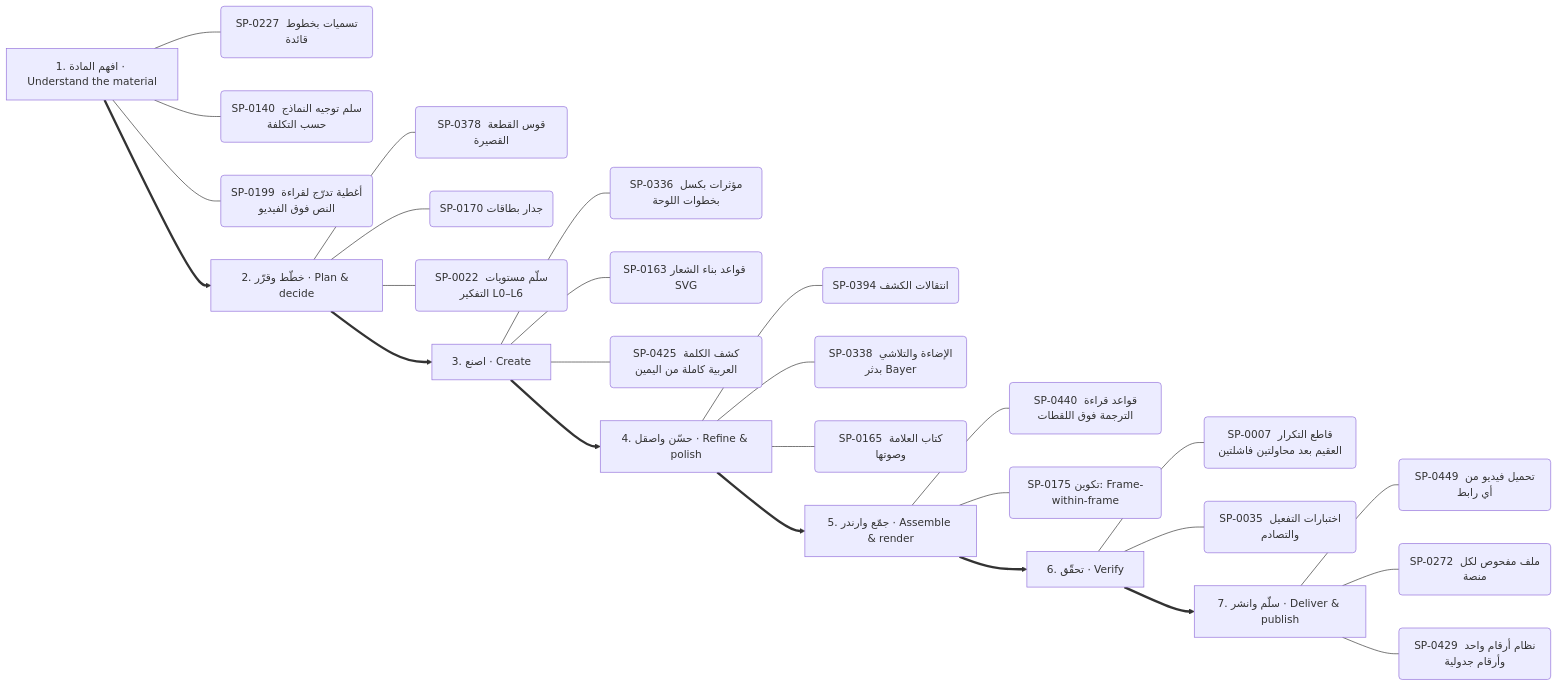
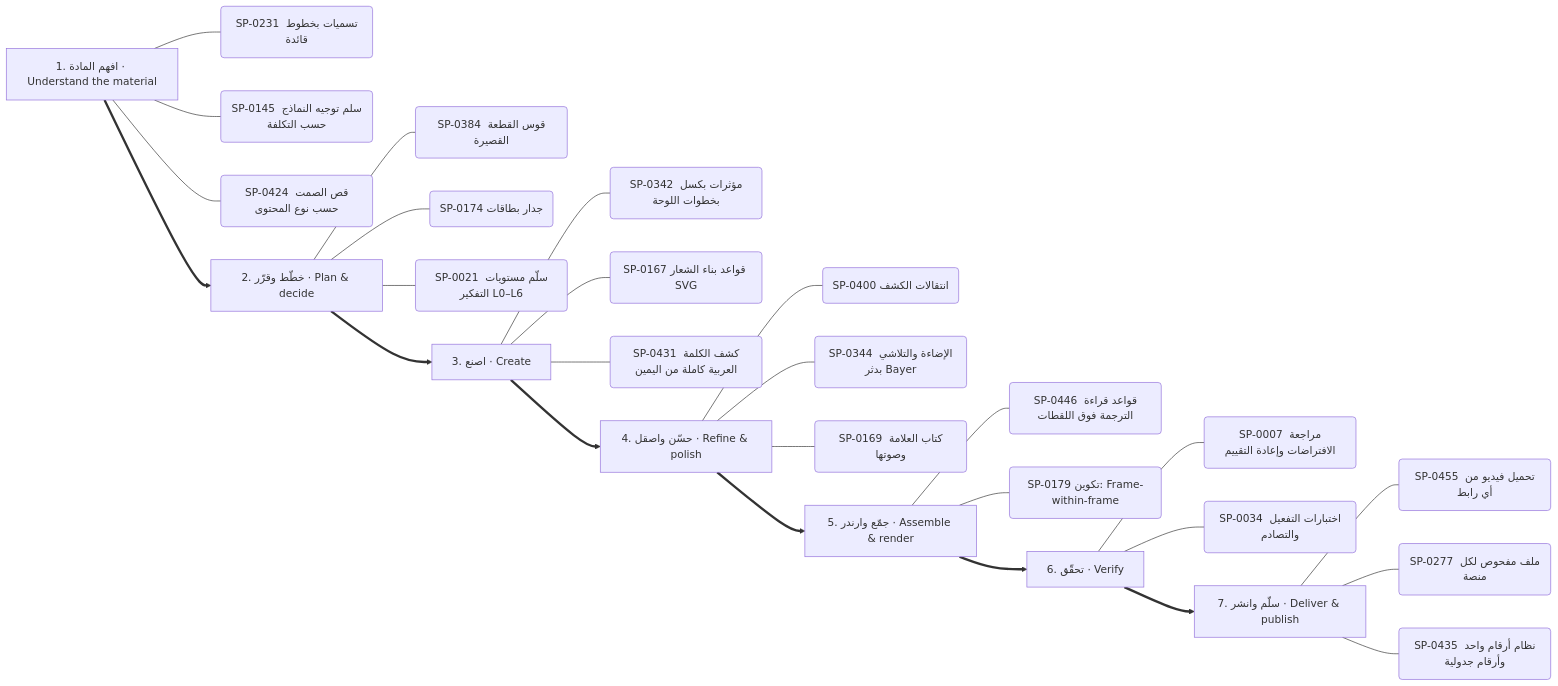
The sixth of 13 diagrams in .claude/skills/kosif-superpowers/references/capability-mindmap.md (kosif199022-jpg/kosif-tool), drawn with Mermaid before and after one commit. The commit also changed other lines of this file and 146 other files, not shown here.

````diff
--- a/.claude/skills/kosif-superpowers/references/capability-mindmap.md
+++ b/.claude/skills/kosif-superpowers/references/capability-mindmap.md
@@ -313,35 +313,35 @@
 ```mermaid
 flowchart LR
   S0["1. افهم المادة · Understand the material"]
-  S0 --- S0_0("SP-0227 تسميات بخطوط قائدة")
-  S0 --- S0_1("SP-0140 سلم توجيه النماذج حسب التكلفة")
-  S0 --- S0_2("SP-0199 أغطية تدرّج لقراءة النص فوق الفيديو")
+  S0 --- S0_0("SP-0231 تسميات بخطوط قائدة")
+  S0 --- S0_1("SP-0145 سلم توجيه النماذج حسب التكلفة")
+  S0 --- S0_2("SP-0424 قص الصمت حسب نوع المحتوى")
   S1["2. خطّط وقرّر · Plan & decide"]
-  S1 --- S1_0("SP-0378 قوس القطعة القصيرة")
-  S1 --- S1_1("SP-0170 جدار بطاقات")
-  S1 --- S1_2("SP-0022 سلّم مستويات التفكير L0–L6")
+  S1 --- S1_0("SP-0384 قوس القطعة القصيرة")
+  S1 --- S1_1("SP-0174 جدار بطاقات")
+  S1 --- S1_2("SP-0021 سلّم مستويات التفكير L0–L6")
   S0 ==> S1
   S2["3. اصنع · Create"]
-  S2 --- S2_0("SP-0336 مؤثرات بكسل بخطوات اللوحة")
-  S2 --- S2_1("SP-0163 قواعد بناء الشعار SVG")
-  S2 --- S2_2("SP-0425 كشف الكلمة العربية كاملة من اليمين")
+  S2 --- S2_0("SP-0342 مؤثرات بكسل بخطوات اللوحة")
+  S2 --- S2_1("SP-0167 قواعد بناء الشعار SVG")
+  S2 --- S2_2("SP-0431 كشف الكلمة العربية كاملة من اليمين")
   S1 ==> S2
   S3["4. حسّن واصقل · Refine & polish"]
-  S3 --- S3_0("SP-0394 انتقالات الكشف")
-  S3 --- S3_1("SP-0338 الإضاءة والتلاشي بدثر Bayer")
-  S3 --- S3_2("SP-0165 كتاب العلامة وصوتها")
+  S3 --- S3_0("SP-0400 انتقالات الكشف")
+  S3 --- S3_1("SP-0344 الإضاءة والتلاشي بدثر Bayer")
+  S3 --- S3_2("SP-0169 كتاب العلامة وصوتها")
   S2 ==> S3
   S4["5. جمّع وارندر · Assemble & render"]
-  S4 --- S4_0("SP-0440 قواعد قراءة الترجمة فوق اللقطات")
-  S4 --- S4_1("SP-0175 تكوين: Frame-within-frame")
+  S4 --- S4_0("SP-0446 قواعد قراءة الترجمة فوق اللقطات")
+  S4 --- S4_1("SP-0179 تكوين: Frame-within-frame")
   S3 ==> S4
   S5["6. تحقّق · Verify"]
-  S5 --- S5_0("SP-0007 قاطع التكرار العقيم بعد محاولتين فاشلتين")
-  S5 --- S5_1("SP-0035 اختبارات التفعيل والتصادم")
+  S5 --- S5_0("SP-0007 مراجعة الافتراضات وإعادة التقييم")
+  S5 --- S5_1("SP-0034 اختبارات التفعيل والتصادم")
   S4 ==> S5
   S6["7. سلّم وانشر · Deliver & publish"]
-  S6 --- S6_0("SP-0449 تحميل فيديو من أي رابط")
-  S6 --- S6_1("SP-0272 ملف مفحوص لكل منصة")
-  S6 --- S6_2("SP-0429 نظام أرقام واحد وأرقام جدولية")
+  S6 --- S6_0("SP-0455 تحميل فيديو من أي رابط")
+  S6 --- S6_1("SP-0277 ملف مفحوص لكل منصة")
+  S6 --- S6_2("SP-0435 نظام أرقام واحد وأرقام جدولية")
   S5 ==> S6
 ```
````
